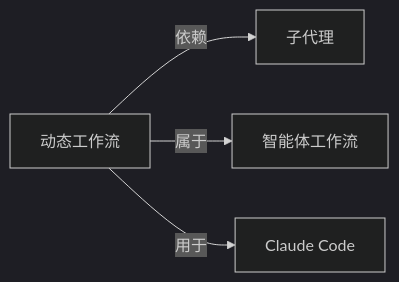
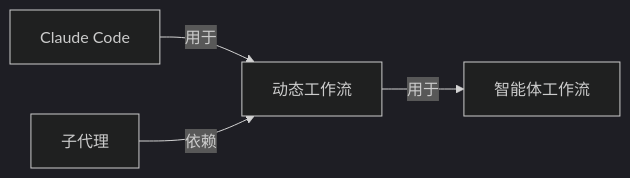
The diagram in wiki/动态工作流.md (yibie/claude-best-practices-zh), drawn with Mermaid (dark theme) before and after one commit. The commit also changed other lines of this file and 407 other files, not shown here.

Commit message:
feat: DeepSeek 三遍审校（译文/关系/图谱）+ 可部署静态站点

````diff
--- a/wiki/动态工作流.md
+++ b/wiki/动态工作流.md
@@ -46,7 +47,7 @@
 ```mermaid
 graph LR
   C["动态工作流"]
-  C -->|依赖| N0["子代理"]
-  C -->|属于| N1["智能体工作流"]
-  C -->|用于| N2["Claude Code"]
+  N0["Claude Code"] -->|用于| C
+  N1["子代理"] -->|依赖| C
+  C -->|用于| N2["智能体工作流"]
 ```
````
